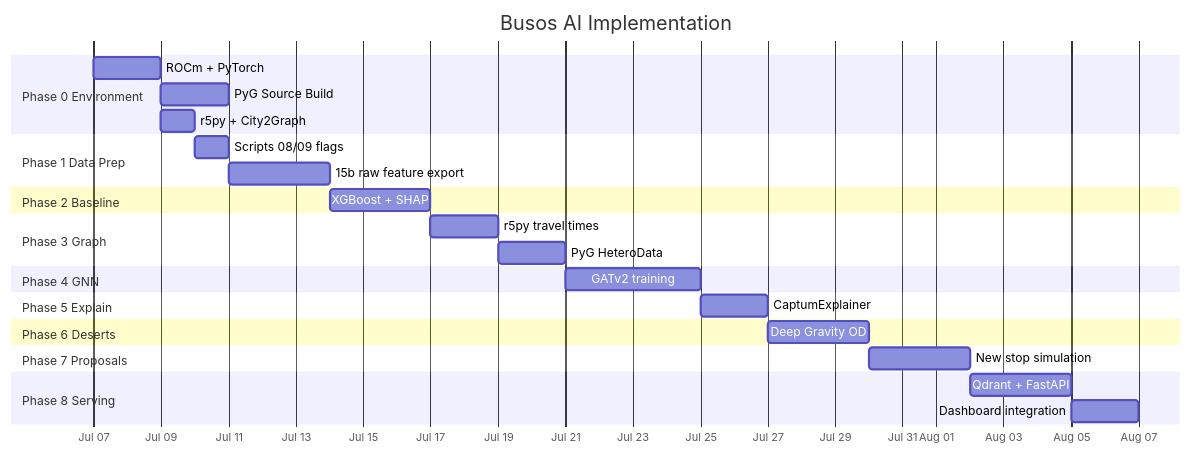
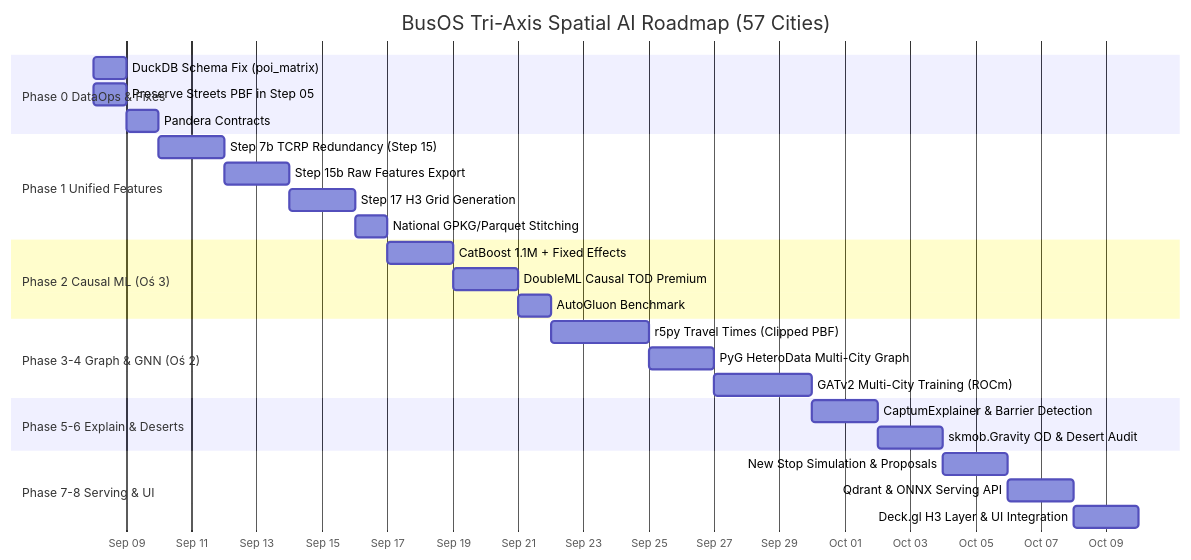
One commit to Gzyms69/busos changed the diagram in docs/ai_roadmap/AI_PLAN.md. Above: the diagram before and after it, drawn with Mermaid. The commit also changed other lines of this file and 11 other files, not shown here.

First line of the commit message:
feat(sprint-0): complete duckdb fix, h3 analytical grid, deck.gl layer & sprint plan ssot

````diff
--- a/docs/ai_roadmap/AI_PLAN.md
+++ b/docs/ai_roadmap/AI_PLAN.md
@@ -814,38 +456,36 @@
 ```mermaid
 gantt
-    title Busos AI Implementation
+    title BusOS Tri-Axis Spatial AI Roadmap (57 Cities)
     dateFormat  YYYY-MM-DD
     axisFormat  %b %d
 
-    section Phase 0 Environment
-    ROCm + PyTorch           :p0a, 2026-07-07, 2d
-    PyG Source Build          :p0b, after p0a, 2d
-    r5py + City2Graph        :p0c, after p0a, 1d
+    section Phase 0 DataOps & Fixes
+    DuckDB Schema Fix (poi_matrix)     :p0a, 2026-09-08, 1d
+    Preserve Streets PBF in Step 05    :p0b, 2026-09-08, 1d
+    Pandera Contracts                  :p0c, 2026-09-09, 1d
 
-    section Phase 1 Data Prep
-    Scripts 08/09 flags      :p1a, after p0c, 1d
-    15b raw feature export   :p1b, after p1a, 3d
+    section Phase 1 Unified Features
+    Step 7b TCRP Redundancy (Step 15)  :p1a, 2026-09-10, 2d
+    Step 15b Raw Features Export       :p1b, 2026-09-12, 2d
+    Step 17 H3 Grid Generation         :p1c, 2026-09-14, 2d
+    National GPKG/Parquet Stitching    :p1d, 2026-09-16, 1d
 
-    section Phase 2 Baseline
-    XGBoost + SHAP           :p2, after p1b, 3d
+    section Phase 2 Causal ML (Oś 3)
+    CatBoost 1.1M + Fixed Effects      :p2a, 2026-09-17, 2d
+    DoubleML Causal TOD Premium        :p2b, 2026-09-19, 2d
+    AutoGluon Benchmark                :p2c, 2026-09-21, 1d
 
-    section Phase 3 Graph
-    r5py travel times        :p3a, after p2, 2d
-    PyG HeteroData           :p3b, after p3a, 2d
+    section Phase 3-4 Graph & GNN (Oś 2)
+    r5py Travel Times (Clipped PBF)    :p3,  2026-09-22, 3d
+    PyG HeteroData Multi-City Graph    :p4a, 2026-09-25, 2d
+    GATv2 Multi-City Training (ROCm)   :p4b, 2026-09-27, 3d
 
-    section Phase 4 GNN
-    GATv2 training           :p4, after p3b, 4d
+    section Phase 5-6 Explain & Deserts
+    CaptumExplainer & Barrier Detection:p5,  2026-09-30, 2d
+    skmob.Gravity OD & Desert Audit    :p6,  2026-10-02, 2d
 
-    section Phase 5 Explain
-    CaptumExplainer          :p5, after p4, 2d
-
-    section Phase 6 Deserts
-    Deep Gravity OD          :p6, after p5, 3d
-
-    section Phase 7 Proposals
-    New stop simulation      :p7, after p6, 3d
-
-    section Phase 8 Serving
-    Qdrant + FastAPI         :p8a, after p7, 3d
-    Dashboard integration    :p8b, after p8a, 2d
+    section Phase 7-8 Serving & UI
+    New Stop Simulation & Proposals    :p7,  2026-10-04, 2d
+    Qdrant & ONNX Serving API          :p8a, 2026-10-06, 2d
+    Deck.gl H3 Layer & UI Integration  :p8b, 2026-10-08, 2d
 ```
````
